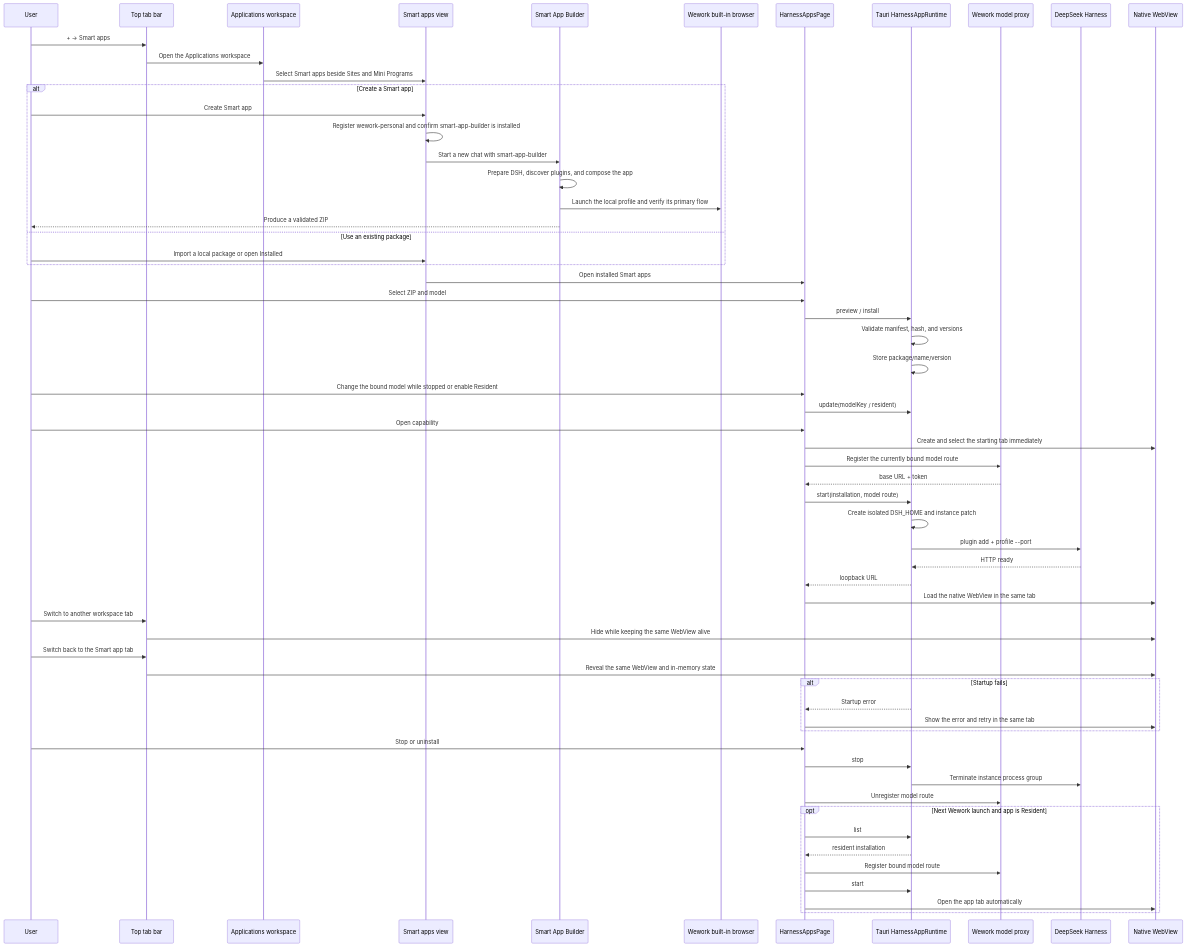
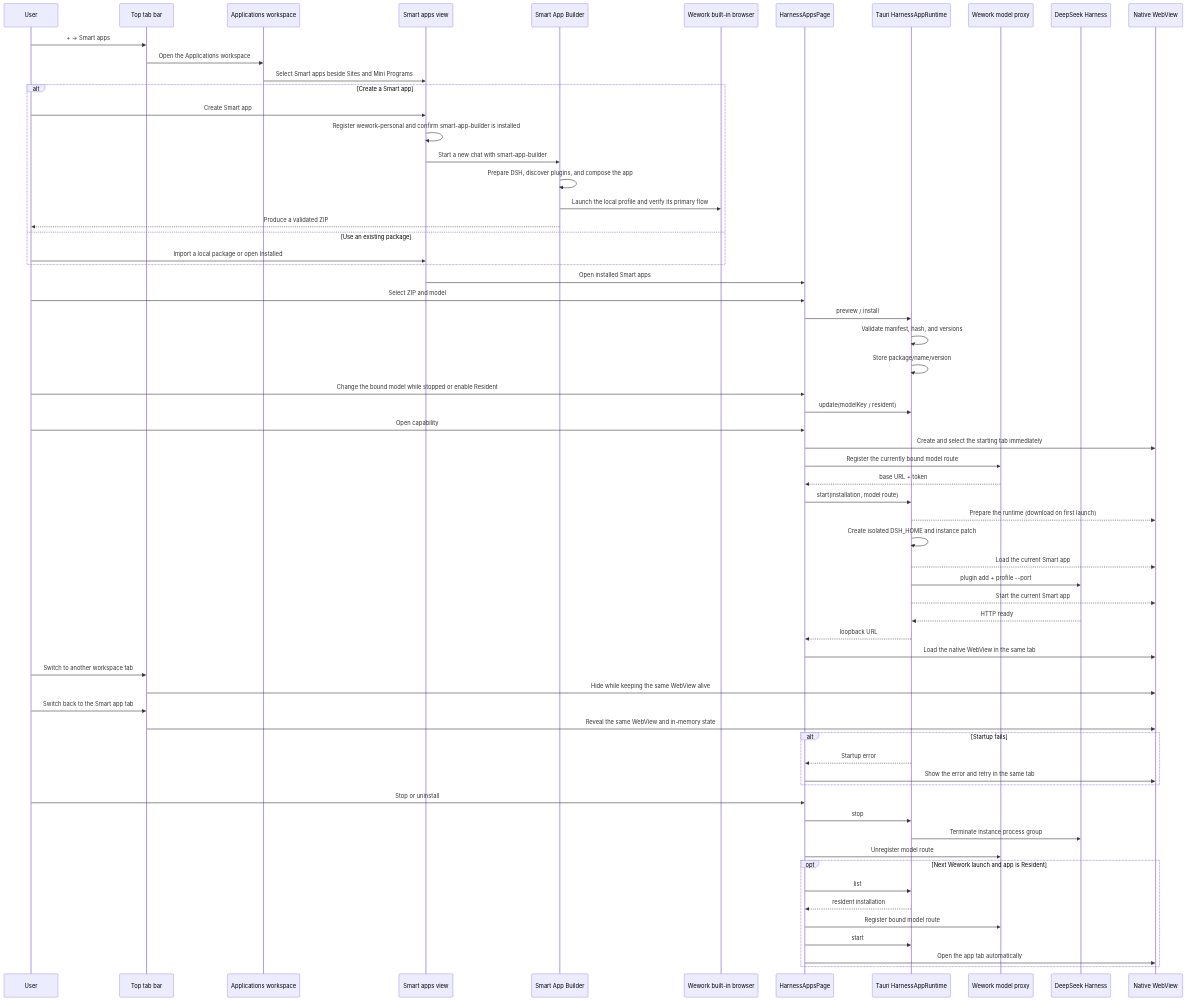
One commit to wecode-ai/wegent-docs changed the second of 2 diagrams in docs/architecture/deepseek-harness-apps.md. Above: the diagram before and after it, drawn with Mermaid. The commit also changed other lines of this file and 1 other file, not shown here.

````diff
--- a/docs/architecture/deepseek-harness-apps.md
+++ b/docs/architecture/deepseek-harness-apps.md
@@ -57,65 +57,68 @@
 ```mermaid
 sequenceDiagram
     participant U as User
     participant C as Top tab bar
     participant A as Applications workspace
     participant M as Smart apps view
     participant B as Smart App Builder
     participant WB as Wework built-in browser
     participant UI as HarnessAppsPage
     participant T as Tauri HarnessAppRuntime
     participant P as Wework model proxy
     participant D as DeepSeek Harness
     participant W as Native WebView
 
     U->>C: + → Smart apps
     C->>A: Open the Applications workspace
     A->>M: Select Smart apps beside Sites and Mini Programs
     alt Create a Smart app
         U->>M: Create Smart app
         M->>M: Register wework-personal and confirm smart-app-builder is installed
         M->>B: Start a new chat with smart-app-builder
         B->>B: Prepare DSH, discover plugins, and compose the app
         B->>WB: Launch the local profile and verify its primary flow
         B-->>U: Produce a validated ZIP
     else Use an existing package
         U->>M: Import a local package or open Installed
     end
     M->>UI: Open installed Smart apps
     U->>UI: Select ZIP and model
     UI->>T: preview / install
     T->>T: Validate manifest, hash, and versions
     T->>T: Store package/name/version
     U->>UI: Change the bound model while stopped or enable Resident
     UI->>T: update(modelKey / resident)
     U->>UI: Open capability
     UI->>W: Create and select the starting tab immediately
     UI->>P: Register the currently bound model route
     P-->>UI: base URL + token
     UI->>T: start(installation, model route)
+    T-->>W: Prepare the runtime (download on first launch)
     T->>T: Create isolated DSH_HOME and instance patch
+    T-->>W: Load the current Smart app
     T->>D: plugin add + profile --port
+    T-->>W: Start the current Smart app
     D-->>T: HTTP ready
     T-->>UI: loopback URL
     UI->>W: Load the native WebView in the same tab
     U->>C: Switch to another workspace tab
     C->>W: Hide while keeping the same WebView alive
     U->>C: Switch back to the Smart app tab
     C->>W: Reveal the same WebView and in-memory state
     alt Startup fails
         T-->>UI: Startup error
         UI->>W: Show the error and retry in the same tab
     end
     U->>UI: Stop or uninstall
     UI->>T: stop
     T->>D: Terminate instance process group
     UI->>P: Unregister model route
 
     opt Next Wework launch and app is Resident
         UI->>T: list
         T-->>UI: resident installation
         UI->>P: Register bound model route
         UI->>T: start
         UI->>W: Open the app tab automatically
     end
 ```
````
